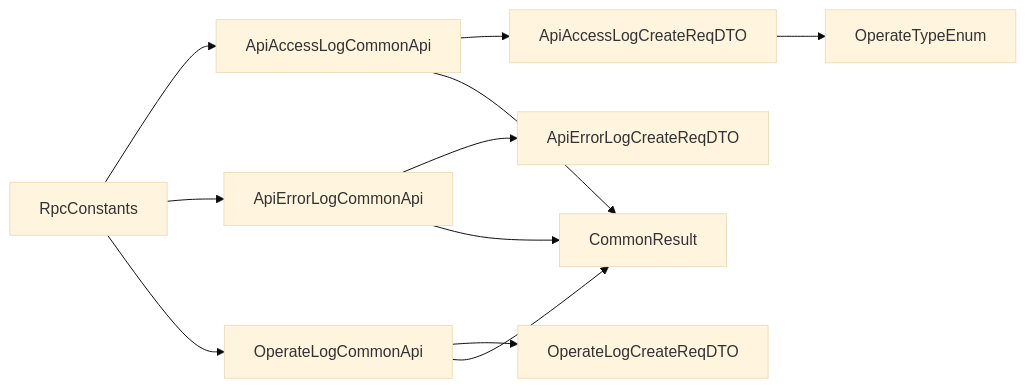
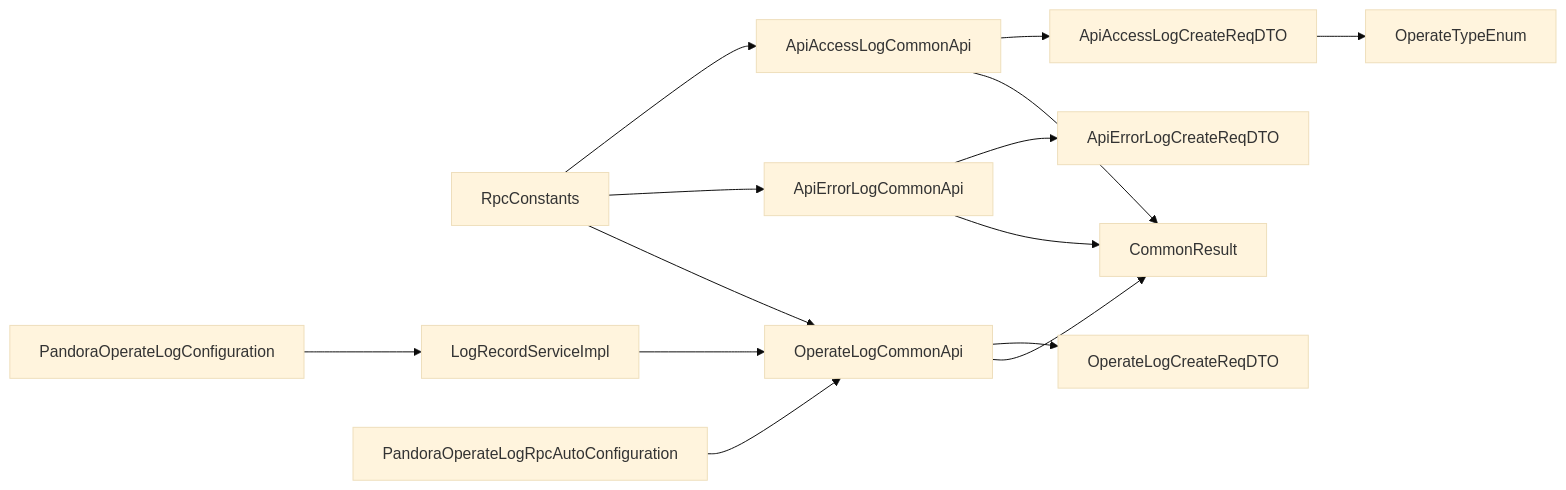
The seventh of 7 diagrams in .qoder/repowiki/zh/content/API参考/日志记录API.md (guanglei93/pandora-cloud), drawn with Mermaid (base theme) before and after one commit. The commit also changed other lines of this file and 32 other files, not shown here.

````diff
--- a/.qoder/repowiki/zh/content/API参考/日志记录API.md
+++ b/.qoder/repowiki/zh/content/API参考/日志记录API.md
@@ -363,13 +369,16 @@
 ```mermaid
 graph LR
 RC["RpcConstants"] --> A1["ApiAccessLogCommonApi"]
 RC --> A2["ApiErrorLogCommonApi"]
 RC --> A3["OperateLogCommonApi"]
 A1 --> DTO1["ApiAccessLogCreateReqDTO"]
 A2 --> DTO2["ApiErrorLogCreateReqDTO"]
 A3 --> DTO3["OperateLogCreateReqDTO"]
 A1 --> CR["CommonResult<Boolean>"]
 A2 --> CR
 A3 --> CR
 DTO1 --> ET["OperateTypeEnum"]
+LO["LogRecordServiceImpl"] --> A3
+POC["PandoraOperateLogConfiguration"] --> LO
+POR["PandoraOperateLogRpcAutoConfiguration"] --> A3
 ```
````
